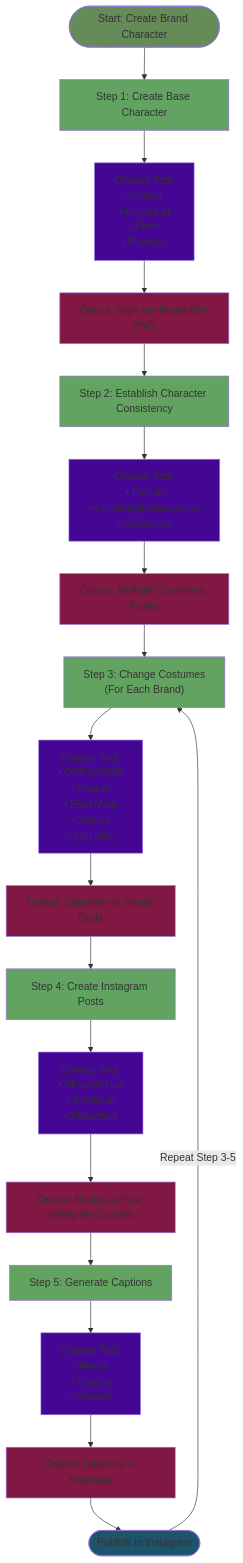
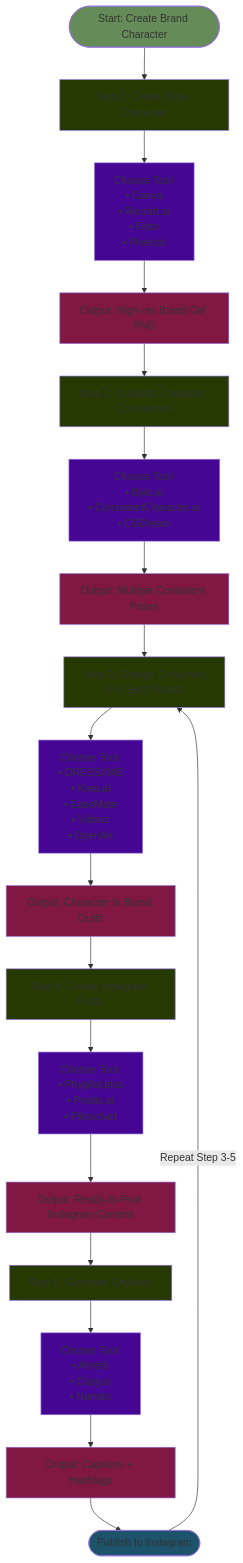
Before and after one commit to Jak2/Practicing_the_basics: the diagram in prep/Mahika/Character design and consistency/Character Research.md, drawn with Mermaid.

Commit message:
colors update

````diff
--- a/prep/Mahika/Character design and consistency/Character Research.md
+++ b/prep/Mahika/Character design and consistency/Character Research.md
@@ -3,49 +3,49 @@
 ```mermaid
 flowchart TD
     Start([Start: Create Brand Character]) --> Step1["Step 1: Create Base Character"]
     
     Step1 --> Tools1["Choose Tool:<br/>• Canva<br/>• Recraft.ai<br/>• Fotor<br/>• Pixelcut"]
     Tools1 --> Output1["Output: High-res Brand Girl PNG"]
     
     Output1 --> Step2["Step 2: Establish Character Consistency"]
     
     Step2 --> Tools2["Choose Tool:<br/>• Bylo.ai<br/>• ConsistentCharacter.ai<br/>• CGDream"]
     Tools2 --> Output2["Output: Multiple Consistent Poses"]
     
     Output2 --> Step3["Step 3: Change Costumes<br/>(For Each Brand)"]
     
     Step3 --> Tools3["Choose Tool:<br/>• DRESSXME<br/>• Krea.ai<br/>• EaseMate<br/>• Vidnoz<br/>• OpenArt"]
     Tools3 --> Output3["Output: Character in Brand Outfit"]
     
     Output3 --> Step4["Step 4: Create Instagram Posts"]
     
     Step4 --> Tools4["Choose Tool:<br/>• Phygital.plus<br/>• Predis.ai<br/>• Piktochart"]
     Tools4 --> Output4["Output: Ready-to-Post Instagram Content"]
     
     Output4 --> Step5["Step 5: Generate Captions"]
     
     Step5 --> Tools5["Choose Tool:<br/>• Ahrefs<br/>• Copy.ai<br/>• Narrato"]
     Tools5 --> Output5["Output: Captions + Hashtags"]
     
     Output5 --> End([Publish to Instagram])
     
     End -->|Repeat Step 3-5| Step3
     
     style Start fill:#658C58
     style End fill:#1D546C
-    style Step1 fill:#63A361
-    style Step2 fill:#63A361
-    style Step3 fill:#63A361
-    style Step4 fill:#63A361
-    style Step5 fill:#63A361
+    style Step1 fill:#253900
+    style Step2 fill:#253900
+    style Step3 fill:#253900
+    style Step4 fill:#253900
+    style Step5 fill:#253900
     style Tools1 fill:#450693
     style Tools2 fill:#450693
     style Tools3 fill:#450693
     style Tools4 fill:#450693
     style Tools5 fill:#450693
     style Output1 fill:#811844
     style Output2 fill:#811844
     style Output3 fill:#811844
     style Output4 fill:#811844
     style Output5 fill:#811844
 ```
````
